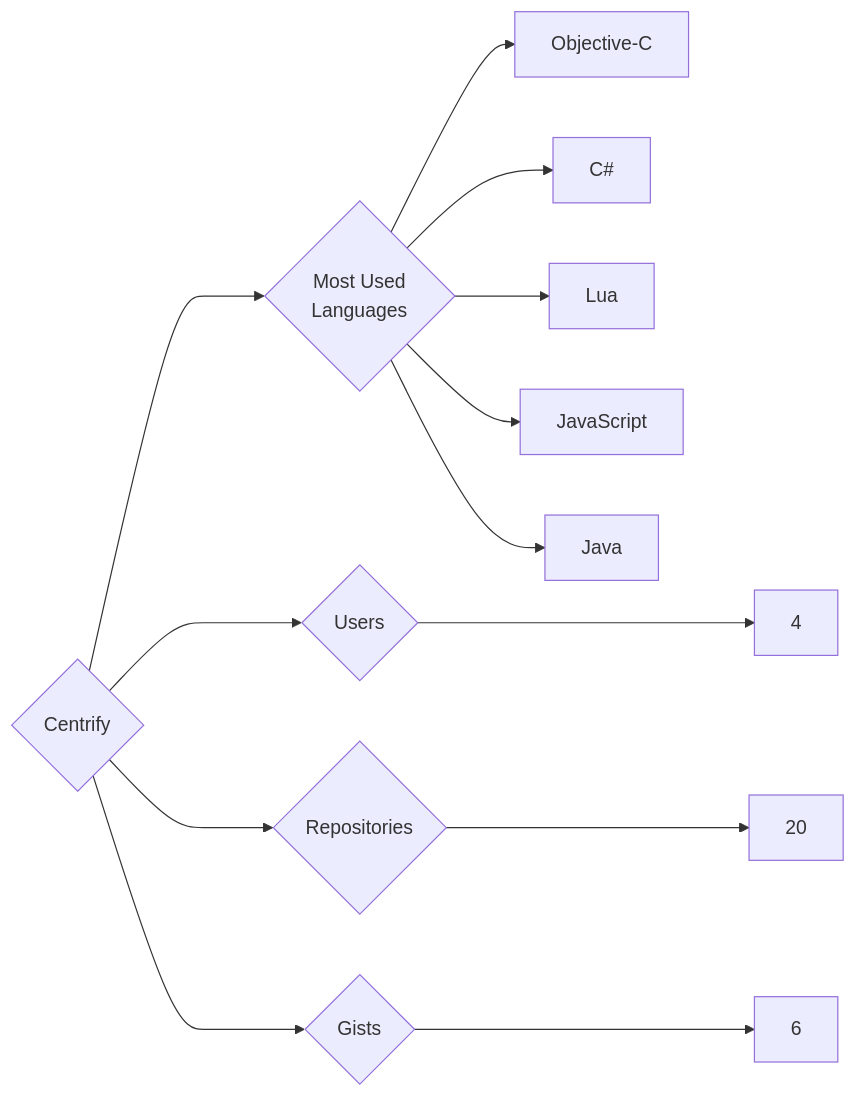
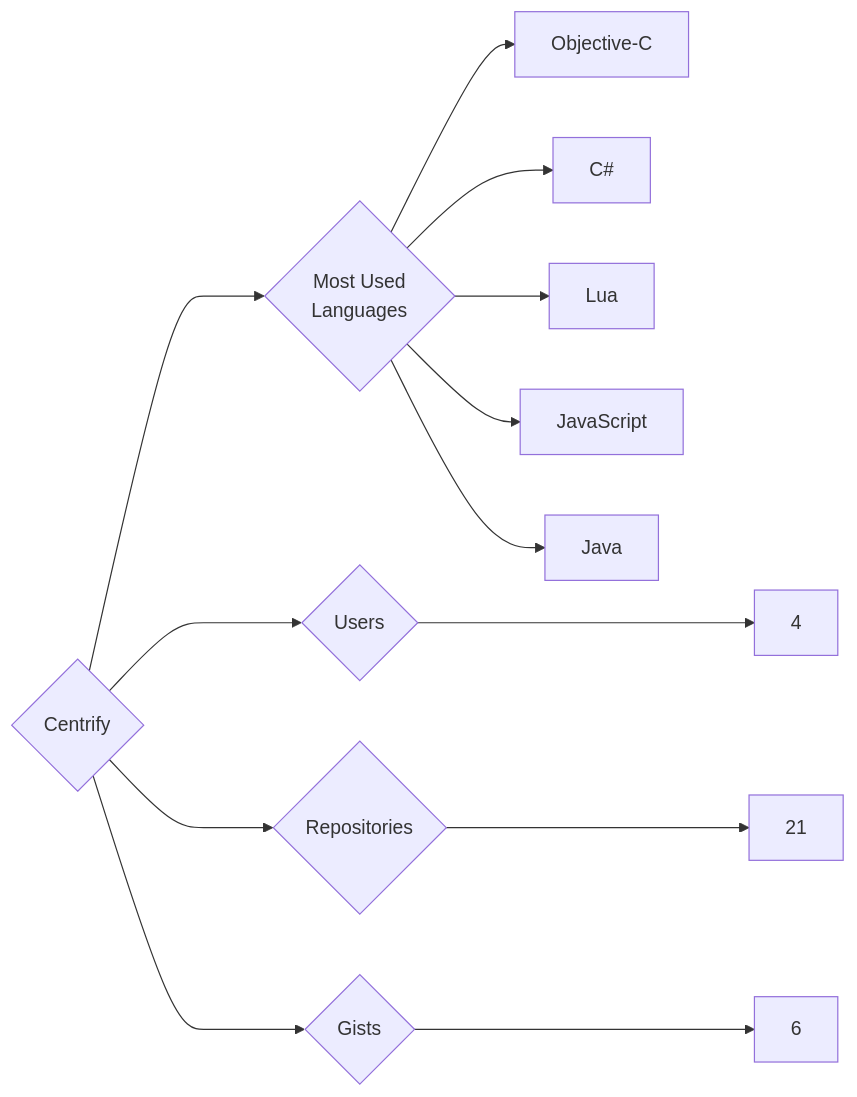
Before and after one commit to trickest/insiders: the diagram in targets/Centrify/README.md, drawn with Mermaid. The commit also changed 894 other files, not shown here.

````diff
--- a/targets/Centrify/README.md
+++ b/targets/Centrify/README.md
@@ -3,13 +3,13 @@
 ```mermaid
 graph LR
 COMPANY_NAME{Centrify}
 COMPANY_NAME ---> U{Users} ---> UN[4]
-COMPANY_NAME ---> R{Repositories} ---> RN[20]
+COMPANY_NAME ---> R{Repositories} ---> RN[21]
 COMPANY_NAME ---> G{Gists} ---> GN[6]
 COMPANY_NAME ---> ML{Most Used<br>Languages}
 ML --> Objective-C[Objective-C]
 ML --> C#[C#]
 ML --> Lua[Lua]
 ML --> JavaScript[JavaScript]
 ML --> Java[Java]
 ```
````
